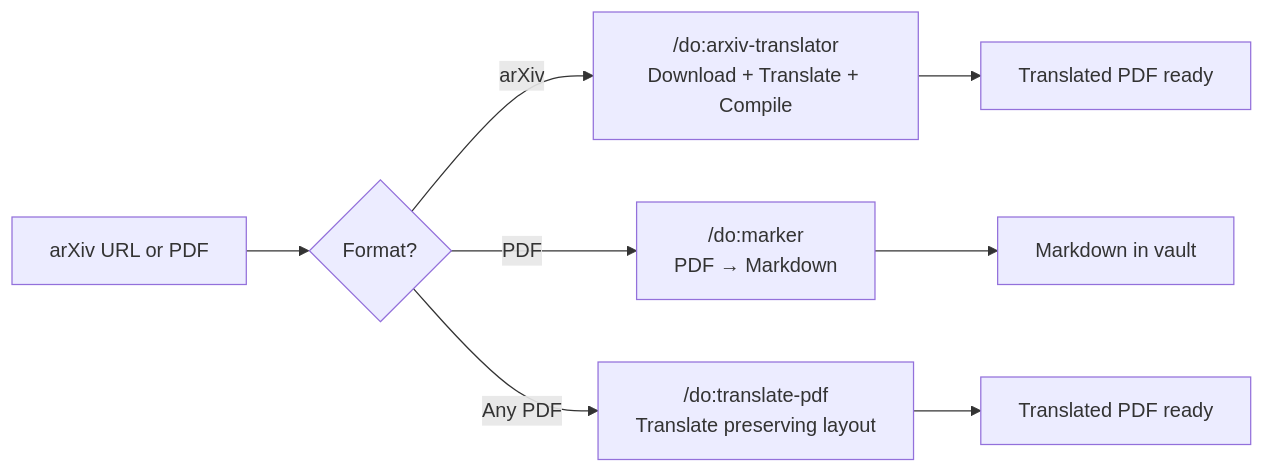
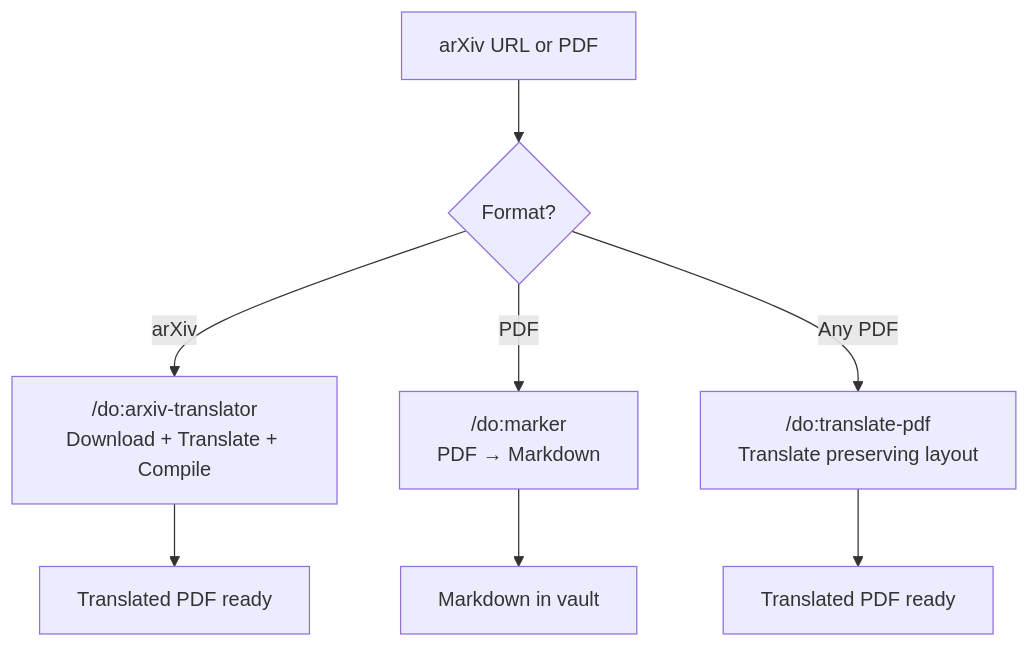
The sixth of 6 diagrams in README.md (dull-bird/DeepOrbit), drawn with Mermaid before and after one commit. The commit also changed other lines of this file, not shown here.

Commit message:
docs: Update Mermaid flowcharts to use top-down orientation.

````diff
--- a/README.md
+++ b/README.md
@@ -190,10 +190,10 @@
 ```mermaid
-flowchart LR
+flowchart TD
     A["arXiv URL or PDF"] --> B{Format?}
     B -->|arXiv| C["/do:arxiv-translator<br/>Download + Translate + Compile"]
     B -->|PDF| D["/do:marker<br/>PDF → Markdown"]
     B -->|Any PDF| E["/do:translate-pdf<br/>Translate preserving layout"]
     C --> F["Translated PDF ready"]
     D --> G["Markdown in vault"]
     E --> H["Translated PDF ready"]
 ```
````
